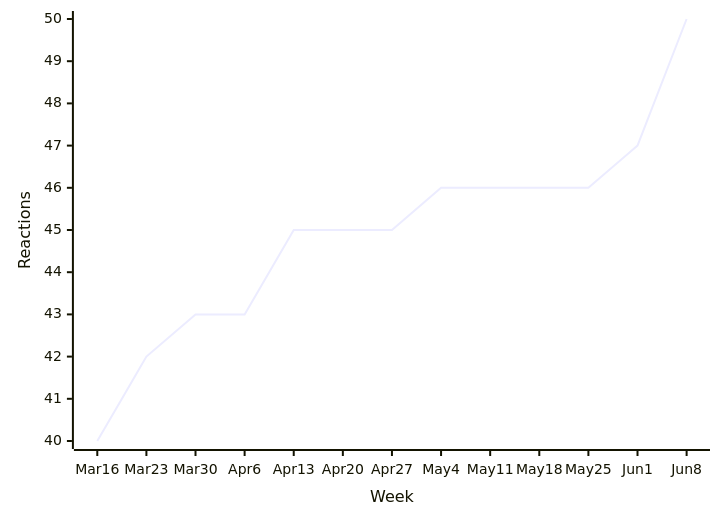
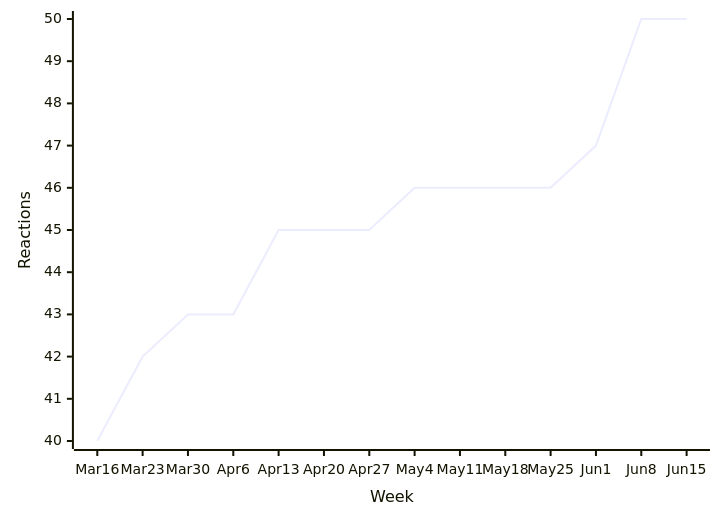
Diagram 13 of 47 in README.md (loic-sharma/github-insights), drawn with Mermaid before and after one commit. The commit also changed other lines of this file and 3 other files, not shown here.

````diff
--- a/README.md
+++ b/README.md
@@ -543,6 +543,6 @@
   ```mermaid
   xychart-beta
-    x-axis "Week" [Mar 16, Mar 23, Mar 30, Apr 6, Apr 13, Apr 20, Apr 27, May 4, May 11, May 18, May 25, Jun 1, Jun 8]
+    x-axis "Week" [Mar 16, Mar 23, Mar 30, Apr 6, Apr 13, Apr 20, Apr 27, May 4, May 11, May 18, May 25, Jun 1, Jun 8, Jun 15]
     y-axis "Reactions"
-    line [40, 42, 43, 43, 45, 45, 45, 46, 46, 46, 46, 47, 50]
+    line [40, 42, 43, 43, 45, 45, 45, 46, 46, 46, 46, 47, 50, 50]
   ```
````
